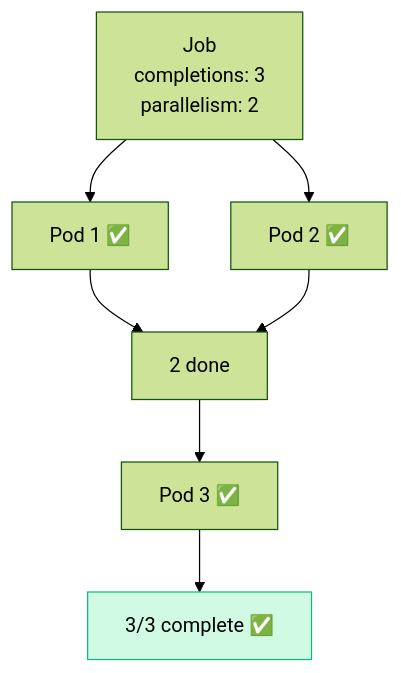
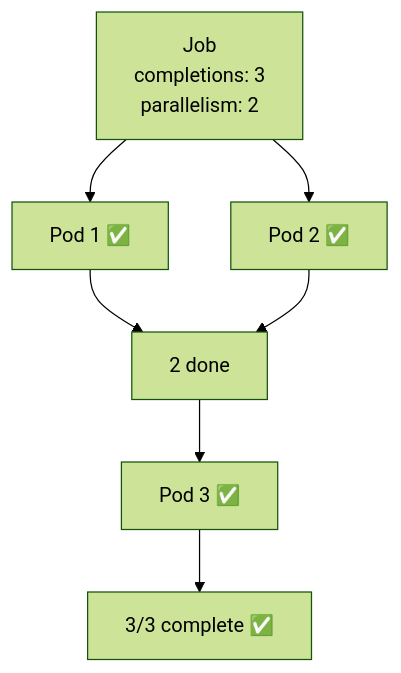
The first of 2 diagrams in content/cka/04-application-lifecycle-management/47-jobs-cronjobs/47-jobs-cronjobs.md (Gautam4424/k8slearn-content), drawn with Mermaid (forest theme) before and after one commit. The commit also changed other lines of this file and 40 other files, not shown here.

Commit message:
chore: fix mermaid style regex

````diff
--- a/content/cka/04-application-lifecycle-management/47-jobs-cronjobs/47-jobs-cronjobs.md
+++ b/content/cka/04-application-lifecycle-management/47-jobs-cronjobs/47-jobs-cronjobs.md
@@ -21,8 +21,7 @@
 ```mermaid
 flowchart TD
     JOB["Job\ncompletions: 3\nparallelism: 2"]
     P1["Pod 1 ✅"] & P2["Pod 2 ✅"] --> DONE1["2 done"]
     DONE1 --> P3["Pod 3 ✅"] --> DONE2["3/3 complete ✅"]
     JOB --> P1 & P2
-    style DONE2 fill:#d1fae5,stroke:#10b981
 ```
````
